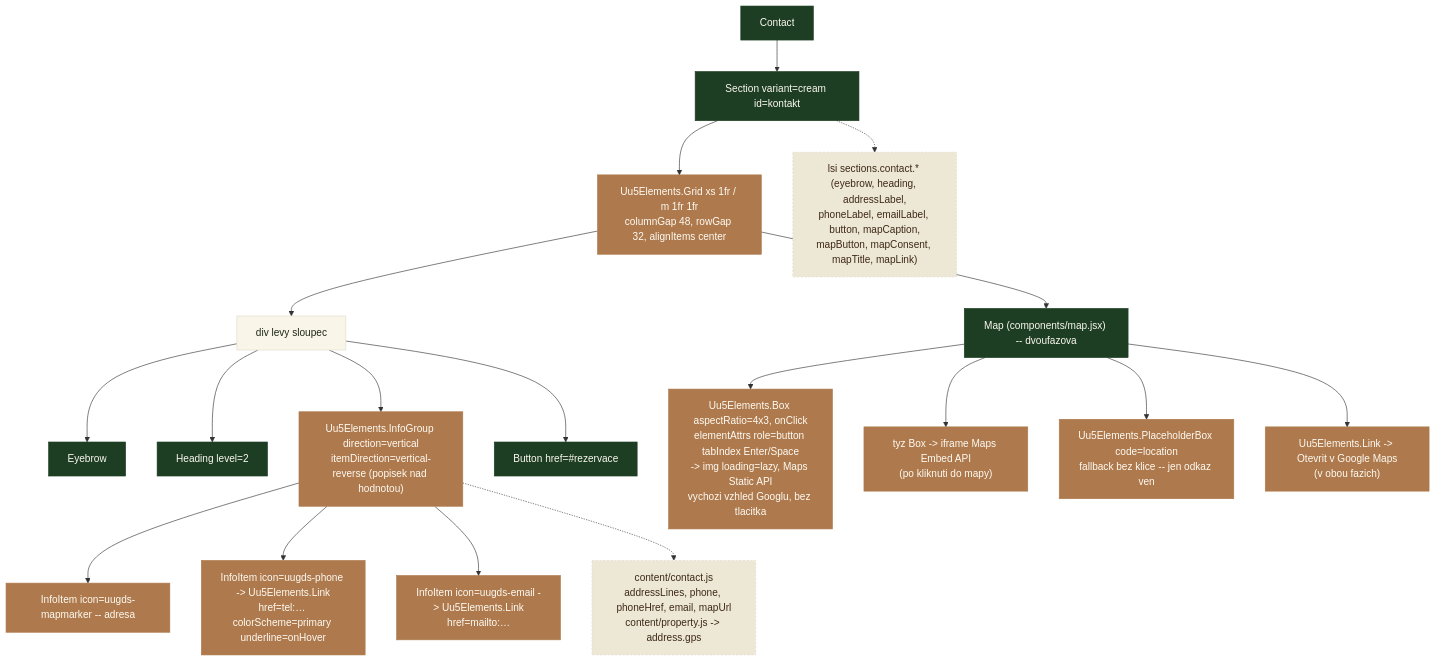
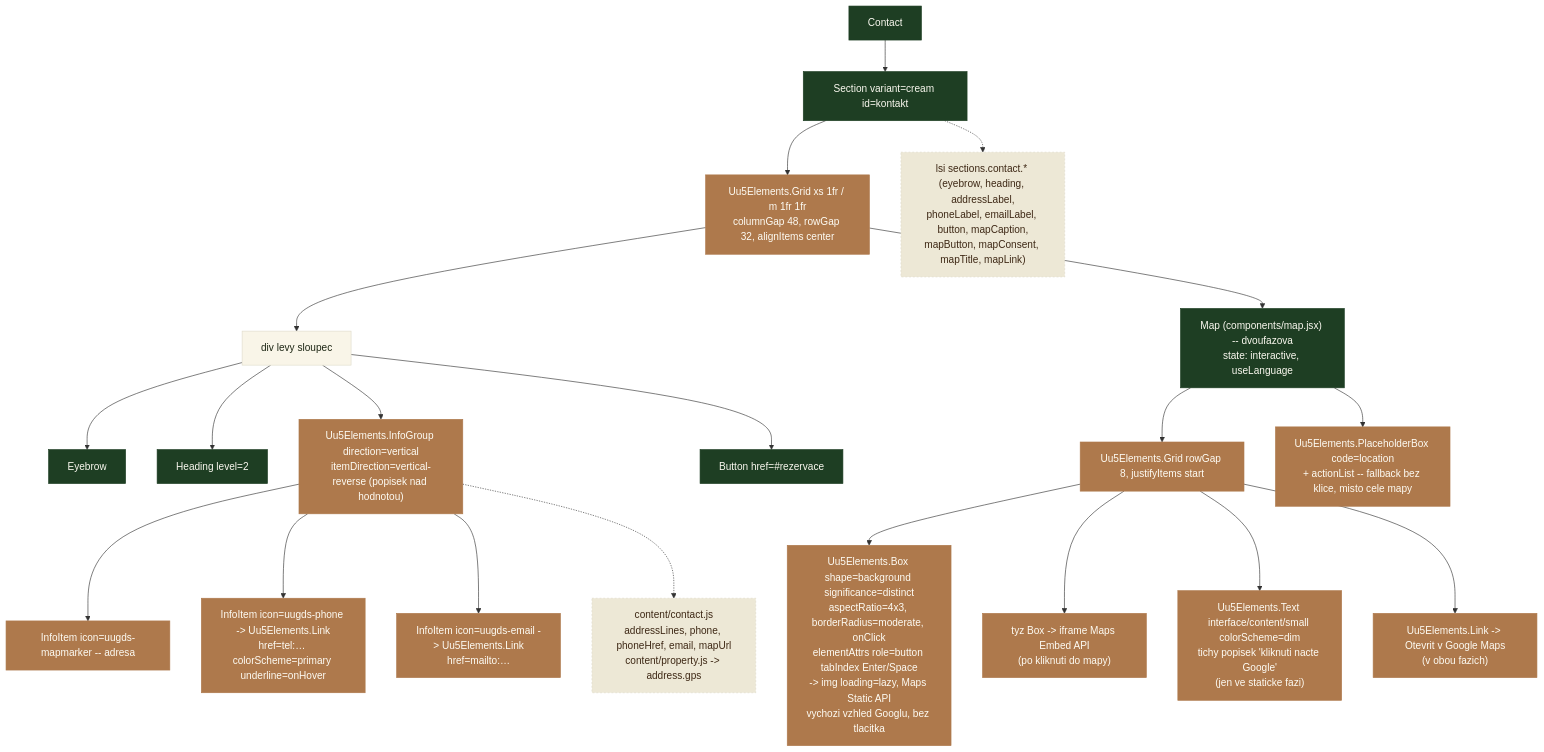
Diagram 15 of 29 in docs/component-tree.md (capo00/caio_propertyman), drawn with Mermaid before and after one commit. The commit also changed other lines of this file and 4 other files, not shown here.

First line of the commit message:
docs: re-verify the component diagrams against the code

````diff
--- a/docs/component-tree.md
+++ b/docs/component-tree.md
@@ -658,43 +692,47 @@
 ```mermaid
 flowchart TD
   CO["Contact"]:::own
   S["Section variant=cream id=kontakt"]:::own
   G["Uu5Elements.Grid xs 1fr / m 1fr 1fr<br/>columnGap 48, rowGap 32, alignItems center"]:::uu5
   L["div levy sloupec"]:::html
   E["Eyebrow"]:::own
   H["Heading level=2"]:::own
   IG["Uu5Elements.InfoGroup direction=vertical<br/>itemDirection=vertical-reverse (popisek nad hodnotou)"]:::uu5
   I1["InfoItem icon=uugds-mapmarker -- adresa"]:::uu5
   I2["InfoItem icon=uugds-phone -> Uu5Elements.Link<br/>href=tel:… colorScheme=primary underline=onHover"]:::uu5
   I3["InfoItem icon=uugds-email -> Uu5Elements.Link<br/>href=mailto:…"]:::uu5
   B["Button href=#rezervace"]:::own
-  MAP["Map (components/map.jsx) -- dvoufazova"]:::own
-  IMG["Uu5Elements.Box aspectRatio=4x3, onClick<br/>elementAttrs role=button tabIndex Enter/Space<br/>-> img loading=lazy, Maps Static API<br/>vychozi vzhled Googlu, bez tlacitka"]:::uu5
+  MAP["Map (components/map.jsx) -- dvoufazova<br/>state: interactive, useLanguage"]:::own
+  MG["Uu5Elements.Grid rowGap 8, justifyItems start"]:::uu5
+  IMG["Uu5Elements.Box shape=background significance=distinct<br/>aspectRatio=4x3, borderRadius=moderate, onClick<br/>elementAttrs role=button tabIndex Enter/Space<br/>-> img loading=lazy, Maps Static API<br/>vychozi vzhled Googlu, bez tlacitka"]:::uu5
   IFR["tyz Box -> iframe Maps Embed API<br/>(po kliknuti do mapy)"]:::uu5
-  PB["Uu5Elements.PlaceholderBox code=location<br/>fallback bez klice -- jen odkaz ven"]:::uu5
+  CONS["Uu5Elements.Text interface/content/small colorScheme=dim<br/>tichy popisek 'kliknuti nacte Google'<br/>(jen ve staticke fazi)"]:::uu5
+  PB["Uu5Elements.PlaceholderBox code=location<br/>+ actionList -- fallback bez klice, misto cele mapy"]:::uu5
   LNK["Uu5Elements.Link -> Otevrit v Google Maps<br/>(v obou fazich)"]:::uu5
   D["content/contact.js<br/>addressLines, phone, phoneHref, email, mapUrl<br/>content/property.js -> address.gps"]:::data
   LS["lsi sections.contact.* (eyebrow, heading, addressLabel,<br/>phoneLabel, emailLabel, button, mapCaption,<br/>mapButton, mapConsent, mapTitle, mapLink)"]:::data
 
   CO --> S --> G
   G --> L
   L --> E
   L --> H
   L --> IG
   IG --> I1
   IG --> I2
   IG --> I3
   L --> B
   G --> MAP
-  MAP --> IMG
-  MAP --> IFR
   MAP --> PB
-  MAP --> LNK
+  MAP --> MG
+  MG --> IMG
+  MG --> IFR
+  MG --> CONS
+  MG --> LNK
   IG -.-> D
   S -.-> LS
 
   classDef own fill:#1E3E23,color:#FBF9F0,stroke:#1E3E23
   classDef html fill:#F9F5E8,color:#1E2715,stroke:#DFDBCB
   classDef uu5 fill:#AE794C,color:#FEFCF4,stroke:#AE794C
   classDef data fill:#EDE8D6,color:#3E2815,stroke:#DFDBCB,stroke-dasharray:3 3
 ```
````
